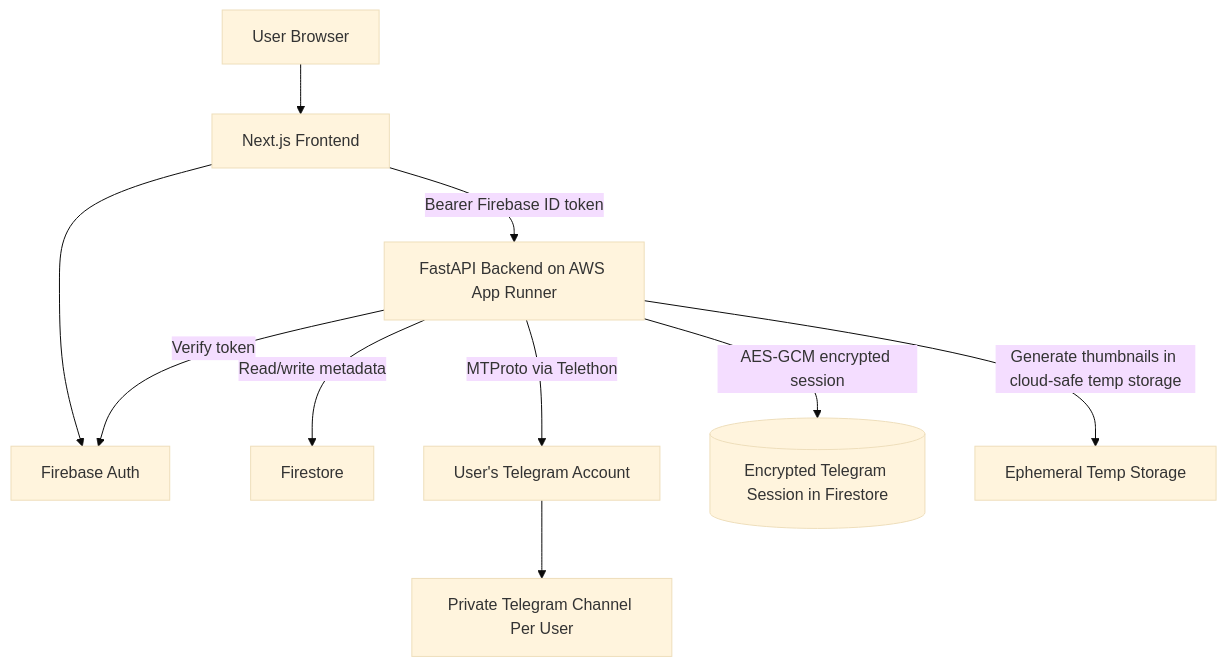
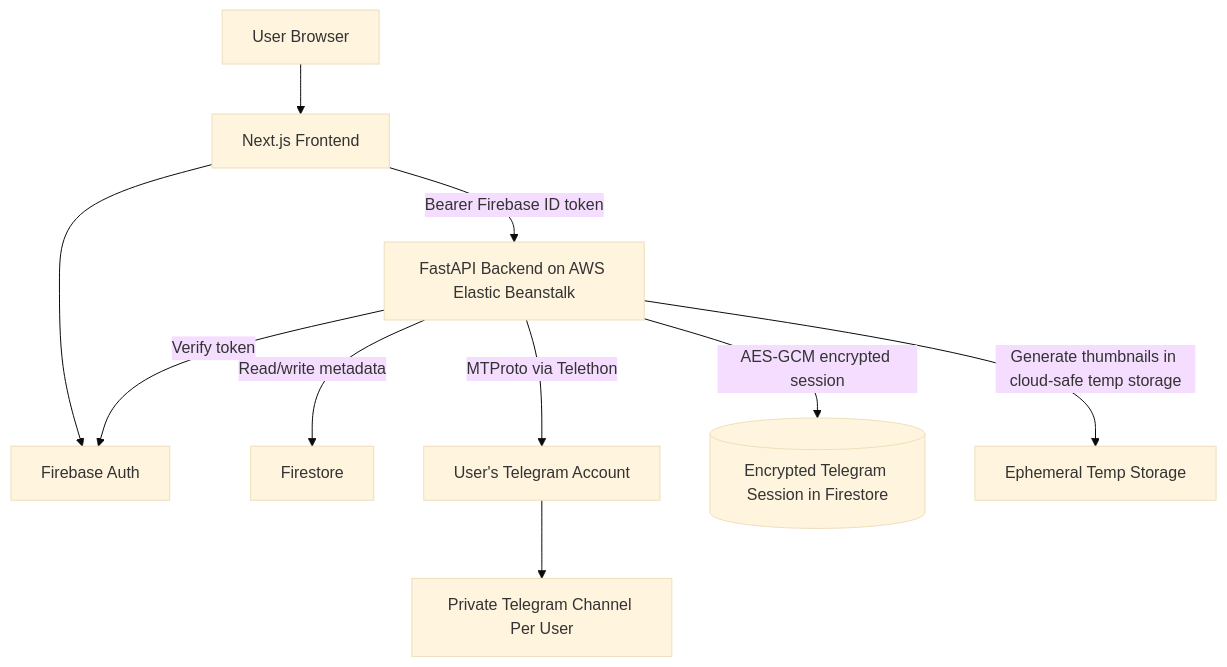
Before and after one commit to luxestudio-live/PixlVault: the diagram in ARCHITECTURE.md, drawn with Mermaid (base theme). The commit also changed 8 other files, not shown here.

Commit message:
Prepare backend for Elastic Beanstalk

````diff
--- a/ARCHITECTURE.md
+++ b/ARCHITECTURE.md
@@ -5,12 +5,12 @@
 ```mermaid
 graph TD
   A[User Browser] --> B[Next.js Frontend]
   B --> C[Firebase Auth]
-  B -->|Bearer Firebase ID token| D[FastAPI Backend on AWS App Runner]
+  B -->|Bearer Firebase ID token| D[FastAPI Backend on AWS Elastic Beanstalk]
   D -->|Verify token| C
   D -->|Read/write metadata| E[Firestore]
   D -->|MTProto via Telethon| F[User's Telegram Account]
   D -->|AES-GCM encrypted session| G[(Encrypted Telegram Session in Firestore)]
   D -->|Generate thumbnails in cloud-safe temp storage| H[Ephemeral Temp Storage]
   F --> I[Private Telegram Channel Per User]
 ```
````
